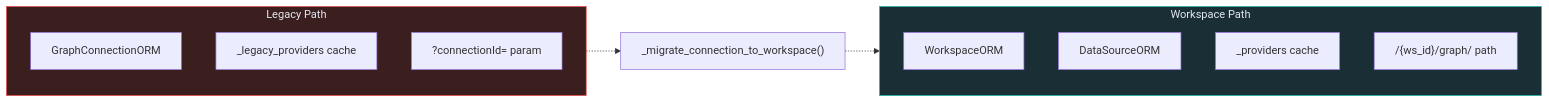
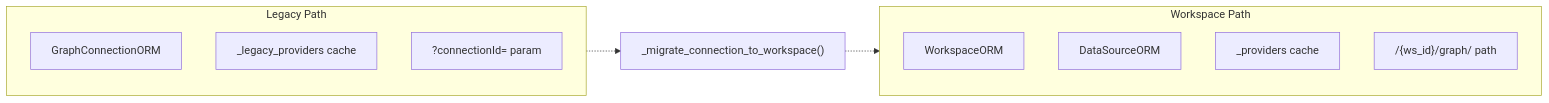
One commit to rkrumins/dataviz changed the second of 3 diagrams in docs/TECHNICAL_DEBT.md. Above: the diagram before and after it, drawn with Mermaid. The commit also changed 46 other files, not shown here.

````diff
--- a/docs/TECHNICAL_DEBT.md
+++ b/docs/TECHNICAL_DEBT.md
@@ -160,21 +160,19 @@
 ```mermaid
 graph LR
     subgraph Legacy["Legacy Path"]
         Conn["GraphConnectionORM"]
         LCache["_legacy_providers cache"]
         ConnID["?connectionId= param"]
     end
 
     subgraph New["Workspace Path"]
         WS["WorkspaceORM"]
         DS["DataSourceORM"]
         PCache["_providers cache"]
         Path["/{ws_id}/graph/ path"]
     end
 
     Bridge["_migrate_connection_to_workspace()"]
     Legacy -.-> Bridge -.-> New
 
-    style Legacy fill:#3b1f1f,stroke:#ef4444,color:#e2e8f0
-    style New fill:#1a2e35,stroke:#14b8a6,color:#e2e8f0
 ```
````
